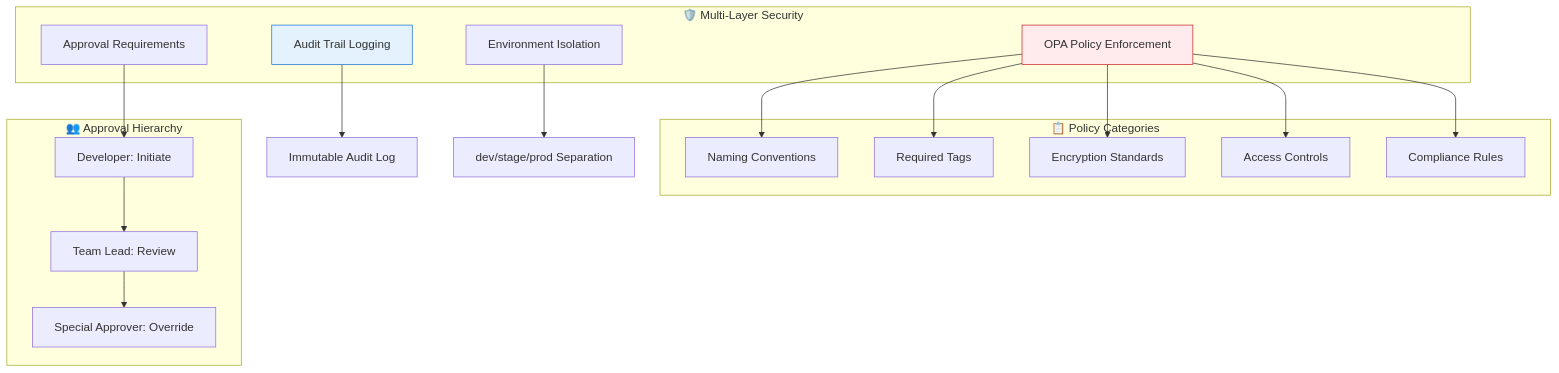
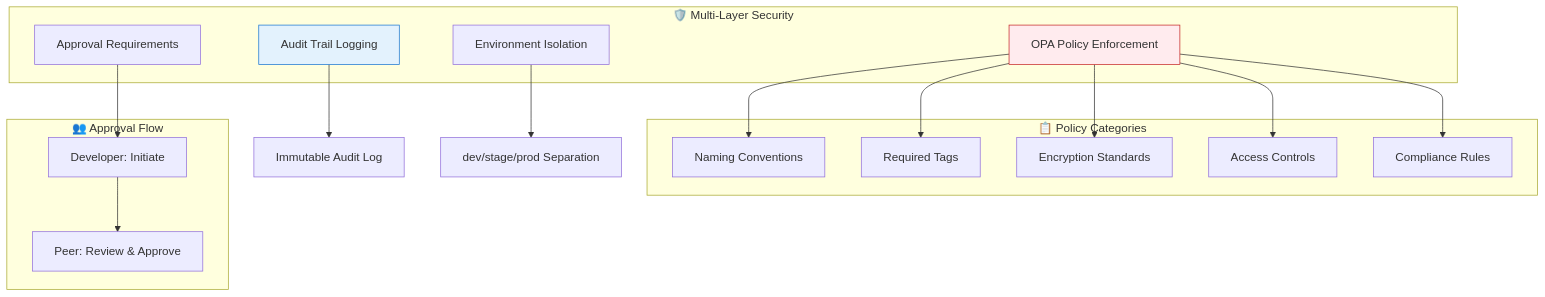
One commit to Terraform-centilazed-pipline/centerlized-pipline- changed the seventh of 22 diagrams in EXECUTIVE-WORKFLOW-OVERVIEW.md. Above: the diagram before and after it, drawn with Mermaid. The commit also changed other lines of this file, not shown here.

First line of the commit message:
refactor: simplify executive overview - remove special approver complexity

````diff
--- a/EXECUTIVE-WORKFLOW-OVERVIEW.md
+++ b/EXECUTIVE-WORKFLOW-OVERVIEW.md
@@ -210,31 +240,30 @@
 ```mermaid
 graph TB
     subgraph "🛡️ Multi-Layer Security"
         S1[OPA Policy Enforcement]
         S2[Approval Requirements]
         S3[Audit Trail Logging]
         S4[Environment Isolation]
     end
     
     subgraph "📋 Policy Categories"
         P1[Naming Conventions]
         P2[Required Tags]
         P3[Encryption Standards]
         P4[Access Controls]
         P5[Compliance Rules]
     end
     
-    subgraph "👥 Approval Hierarchy"
+    subgraph "👥 Approval Flow"
         A1[Developer: Initiate]
-        A2[Team Lead: Review]
-        A3[Special Approver: Override]
+        A2[Peer: Review & Approve]
     end
     
     S1 --> P1 & P2 & P3 & P4 & P5
-    S2 --> A1 --> A2 --> A3
+    S2 --> A1 --> A2
     S3 --> LOG[Immutable Audit Log]
     S4 --> ENV[dev/stage/prod Separation]
     
     style S1 fill:#ffebee,stroke:#c62828
     style S3 fill:#e3f2fd,stroke:#1976d2
 ```
````
